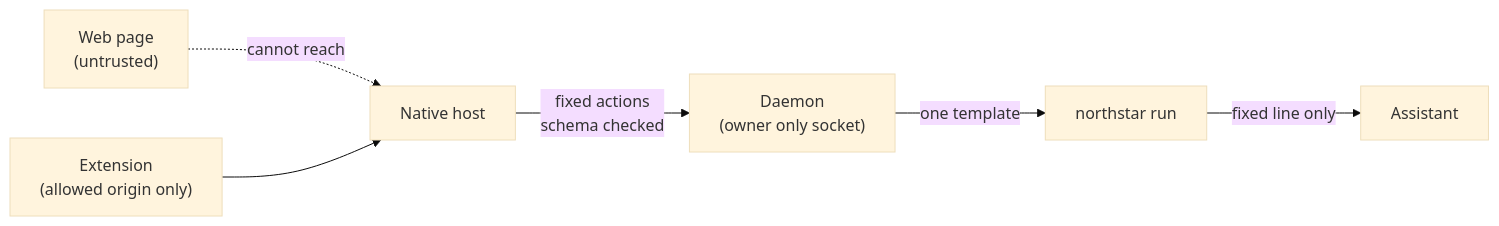
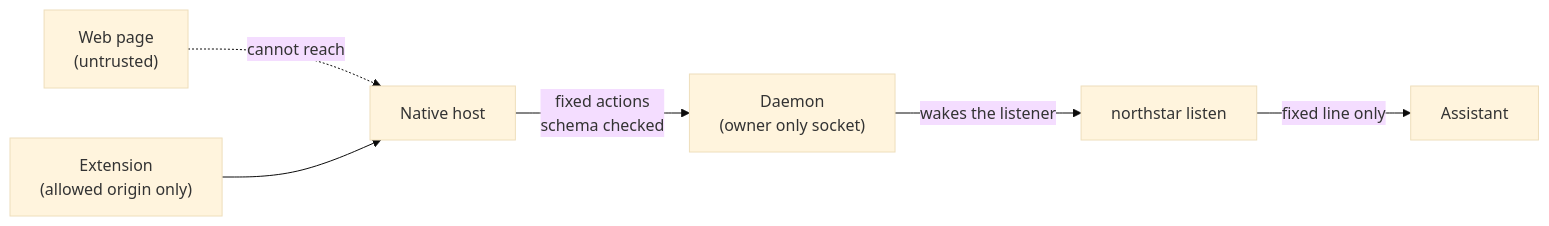
Before and after one commit to pallandir/northstar: the second of 3 diagrams in docs/architecture.md, drawn with Mermaid (base theme). The commit also changed other lines of this file and 31 other files, not shown here.

````diff
--- a/docs/architecture.md
+++ b/docs/architecture.md
@@ -150,8 +149,8 @@
 ```mermaid
 flowchart LR
     Page["Web page<br/>(untrusted)"] -. "cannot reach" .-> Host["Native host"]
     Ext["Extension<br/>(allowed origin only)"] --> Host
     Host -- "fixed actions<br/>schema checked" --> Daemon["Daemon<br/>(owner only socket)"]
-    Daemon -- "one template" --> Session["northstar run"]
-    Session -- "fixed line only" --> Assistant["Assistant"]
+    Daemon -- "wakes the listener" --> Listener["northstar listen"]
+    Listener -- "fixed line only" --> Assistant["Assistant"]
 ```
````
